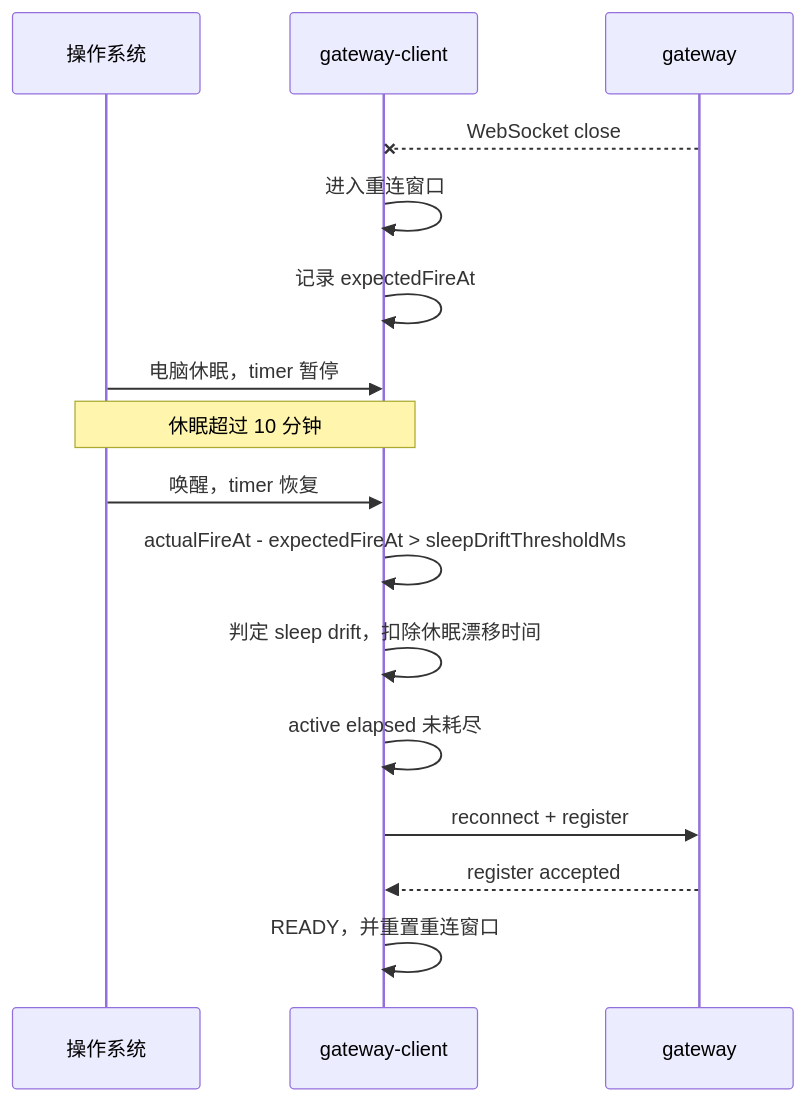
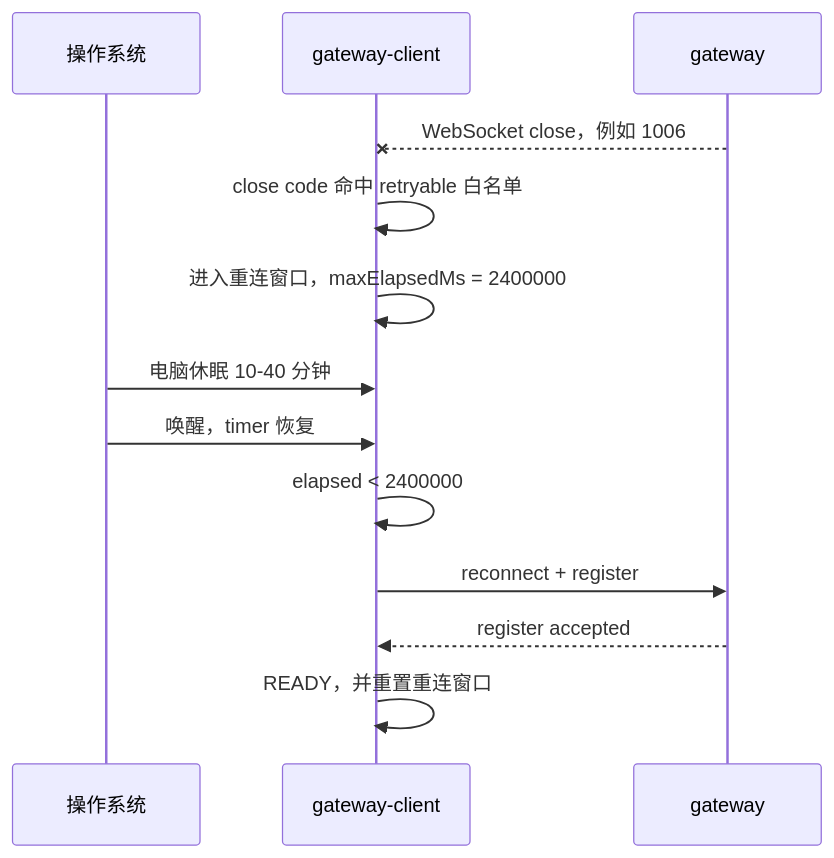
One commit to yuzhangCZ/agent-plugin changed the third of 5 diagrams in docs/design/sdk-gateway-reconnect-solution.md. Above: the diagram before and after it, drawn with Mermaid. The commit also changed other lines of this file, not shown here.

Commit message:
docs: refine gateway reconnect window recovery plan

````diff
--- a/docs/design/sdk-gateway-reconnect-solution.md
+++ b/docs/design/sdk-gateway-reconnect-solution.md
@@ -99,19 +106,16 @@
 ```mermaid
 sequenceDiagram
     participant OS as 操作系统
     participant SDK as gateway-client
     participant Gateway as gateway
 
-    Gateway--xSDK: WebSocket close
-    SDK->>SDK: 进入重连窗口
-    SDK->>SDK: 记录 expectedFireAt
-    OS->>SDK: 电脑休眠，timer 暂停
-    Note over OS,SDK: 休眠超过 10 分钟
+    Gateway--xSDK: WebSocket close，例如 1006
+    SDK->>SDK: close code 命中 retryable 白名单
+    SDK->>SDK: 进入重连窗口，maxElapsedMs = 2400000
+    OS->>SDK: 电脑休眠 10-40 分钟
     OS->>SDK: 唤醒，timer 恢复
-    SDK->>SDK: actualFireAt - expectedFireAt > sleepDriftThresholdMs
-    SDK->>SDK: 判定 sleep drift，扣除休眠漂移时间
-    SDK->>SDK: active elapsed 未耗尽
+    SDK->>SDK: elapsed < 2400000
     SDK->>Gateway: reconnect + register
     Gateway-->>SDK: register accepted
     SDK->>SDK: READY，并重置重连窗口
 ```
````
